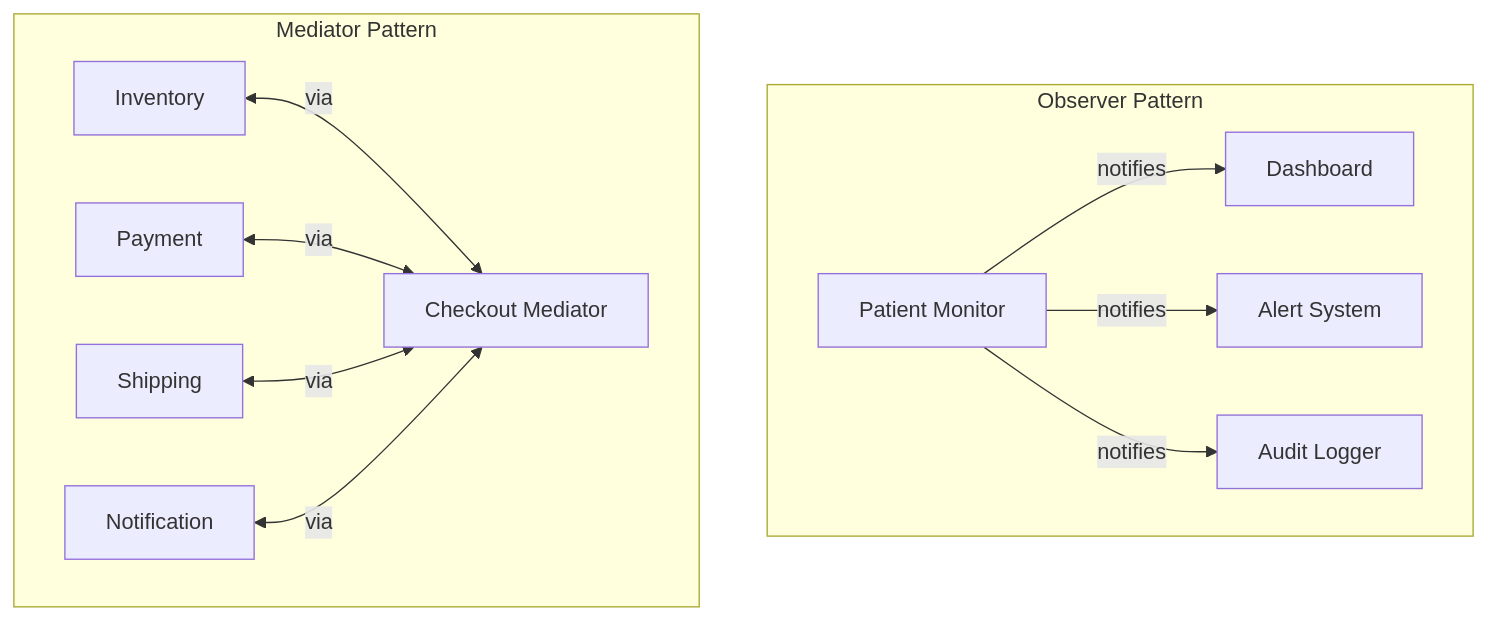
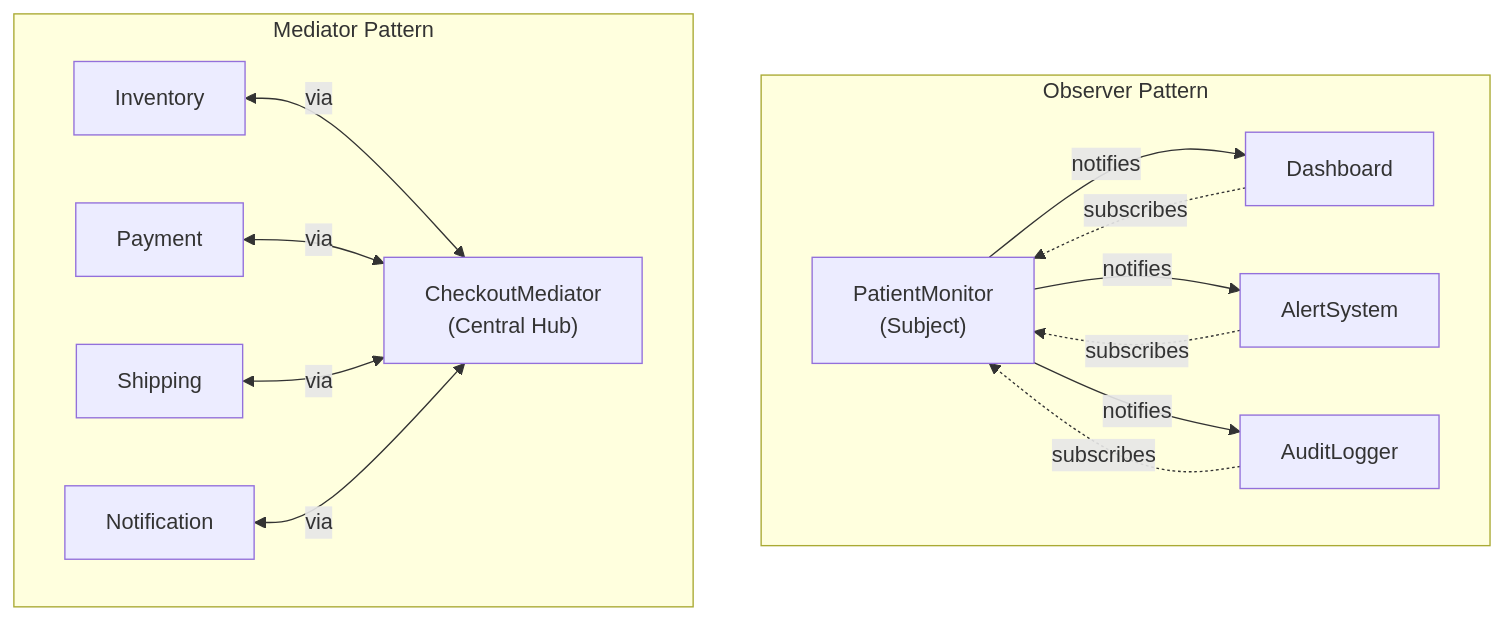
One commit to senapatisantosh/DotnetAdvanceDesignPattern changed the sixth of 12 diagrams in docs/comparison-maps.md. Above: the diagram before and after it, drawn with Mermaid. The commit also changed other lines of this file and 1 other file, not shown here.

````diff
--- a/docs/comparison-maps.md
+++ b/docs/comparison-maps.md
@@ -273,16 +301,19 @@
 ```mermaid
 graph TD
     subgraph "Observer Pattern"
-        O_Subject[Patient Monitor] -->|notifies| O_Dashboard[Dashboard]
-        O_Subject -->|notifies| O_Alert[Alert System]
-        O_Subject -->|notifies| O_Logger[Audit Logger]
+        O_Subject["PatientMonitor<br/>(Subject)"] -->|notifies| O_Dashboard[Dashboard]
+        O_Subject -->|notifies| O_Alert[AlertSystem]
+        O_Subject -->|notifies| O_Logger[AuditLogger]
+        O_Dashboard -.->|subscribes| O_Subject
+        O_Alert -.->|subscribes| O_Subject
+        O_Logger -.->|subscribes| O_Subject
     end
 
     subgraph "Mediator Pattern"
-        M_Mediator[Checkout Mediator]
+        M_Mediator["CheckoutMediator<br/>(Central Hub)"]
         M_Inventory[Inventory] <-->|via| M_Mediator
         M_Payment[Payment] <-->|via| M_Mediator
         M_Shipping[Shipping] <-->|via| M_Mediator
         M_Notify[Notification] <-->|via| M_Mediator
     end
 ```
````
